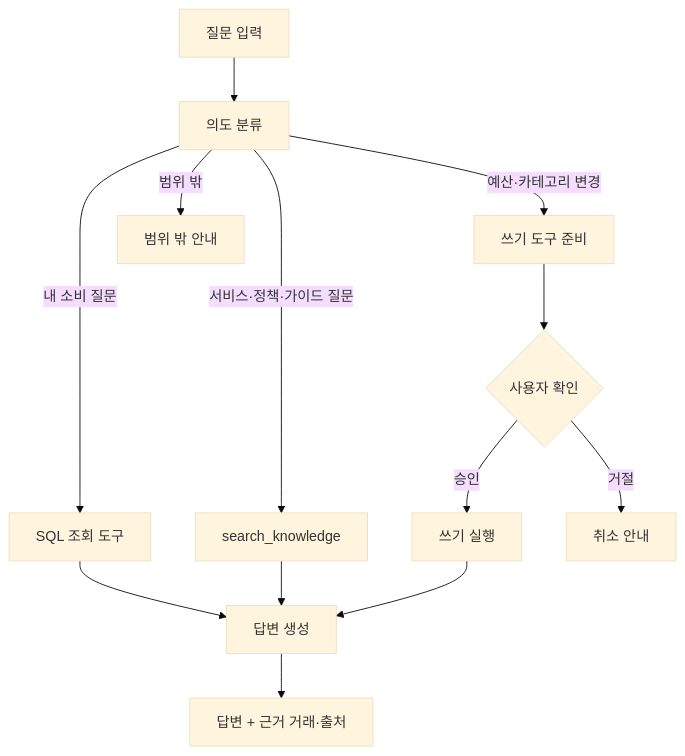
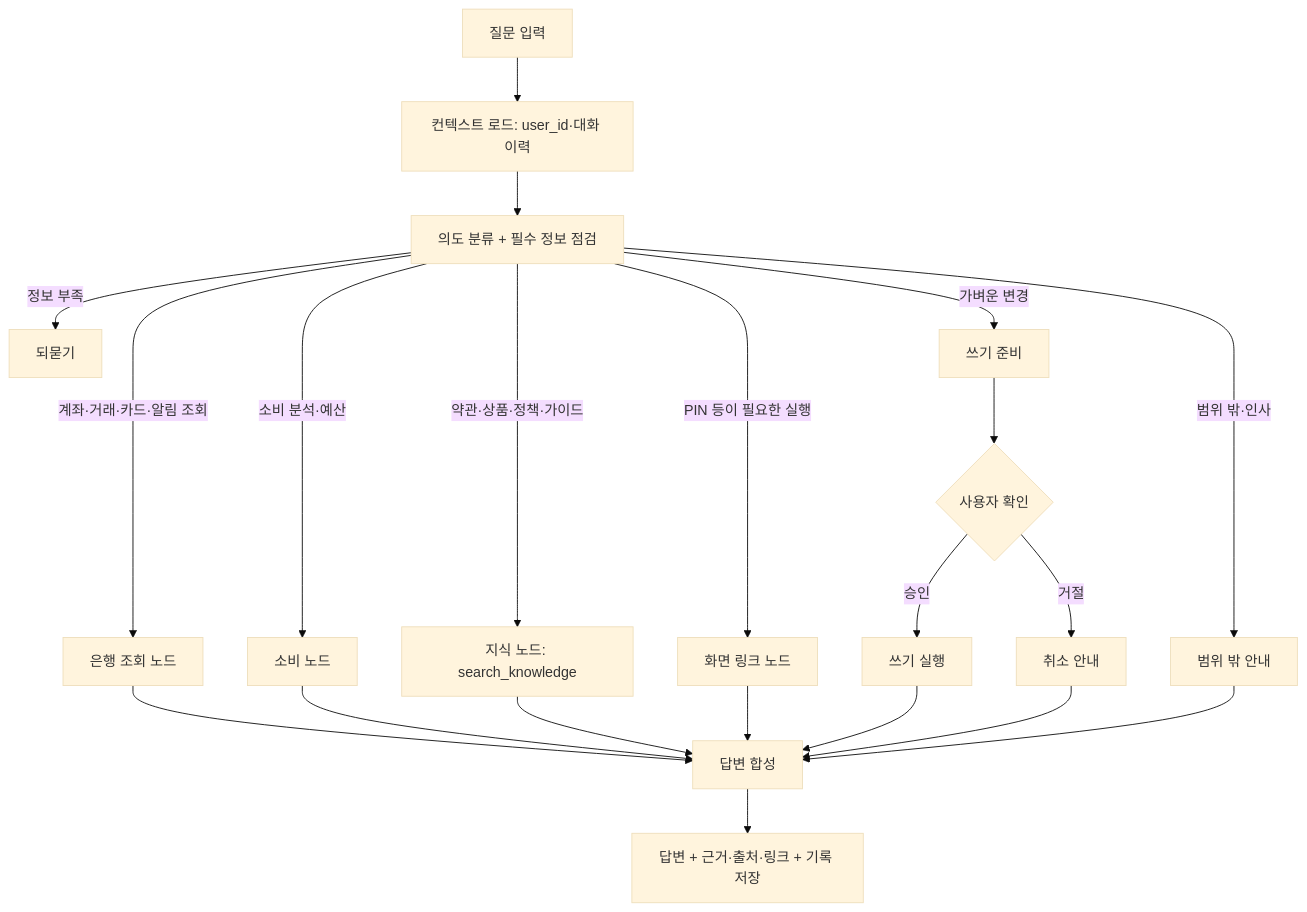
The second of 2 diagrams in docs/agent-spec.md (jimin3452-create/bank-ai-agent), drawn with Mermaid (base theme) before and after one commit. The commit also changed other lines of this file and 11 other files, not shown here.

````diff
--- a/docs/agent-spec.md
+++ b/docs/agent-spec.md
@@ -125,15 +184,23 @@
 ```mermaid
 flowchart TD
-    S[질문 입력] --> R[의도 분류]
-    R -->|내 소비 질문| Q[SQL 조회 도구]
-    R -->|서비스·정책·가이드 질문| K[search_knowledge]
-    R -->|예산·카테고리 변경| W[쓰기 도구 준비]
-    R -->|범위 밖| X[범위 밖 안내]
+    S[질문 입력] --> L[컨텍스트 로드: user_id·대화 이력]
+    L --> R[의도 분류 + 필수 정보 점검]
+    R -->|정보 부족| Q[되묻기]
+    R -->|계좌·거래·카드·알림 조회| B[은행 조회 노드]
+    R -->|소비 분석·예산| P[소비 노드]
+    R -->|약관·상품·정책·가이드| K[지식 노드: search_knowledge]
+    R -->|PIN 등이 필요한 실행| N[화면 링크 노드]
+    R -->|가벼운 변경| W[쓰기 준비]
+    R -->|범위 밖·인사| X[범위 밖 안내]
     W --> C{사용자 확인}
     C -->|승인| E[쓰기 실행]
-    C -->|거절| N[취소 안내]
-    Q --> A[답변 생성]
+    C -->|거절| Y[취소 안내]
+    B --> A[답변 합성]
+    P --> A
     K --> A
+    N --> A
     E --> A
-    A --> O[답변 + 근거 거래·출처]
+    X --> A
+    Y --> A
+    A --> O[답변 + 근거·출처·링크 + 기록 저장]
 ```
````
